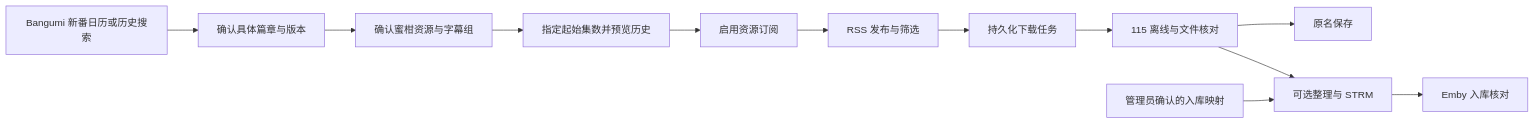
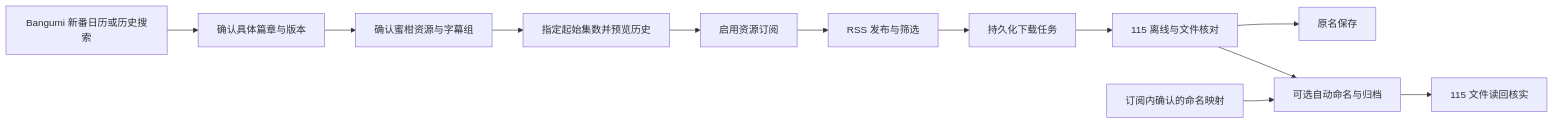
Before and after one commit to jli452195/Cinema115: the diagram in docs/anime-subscription-plan.md, drawn with Mermaid. The commit also changed other lines of this file and 10 other files, not shown here.

````diff
--- a/docs/anime-subscription-plan.md
+++ b/docs/anime-subscription-plan.md
@@ -63,14 +73,14 @@
 ```mermaid
 flowchart LR
     B[Bangumi 新番日历或历史搜索] --> A[确认具体篇章与版本]
     A --> M[确认蜜柑资源与字幕组]
     M --> P[指定起始集数并预览历史]
     P --> S[启用资源订阅]
     S --> R[RSS 发布与筛选]
     R --> J[持久化下载任务]
     J --> C[115 离线与文件核对]
     C --> D[原名保存]
-    C --> O[可选整理与 STRM]
-    L[管理员确认的入库映射] --> O
-    O --> E[Emby 入库核对]
+    C --> O[可选自动命名与归档]
+    L[订阅内确认的命名映射] --> O
+    O --> V[115 文件读回核实]
 ```
````
